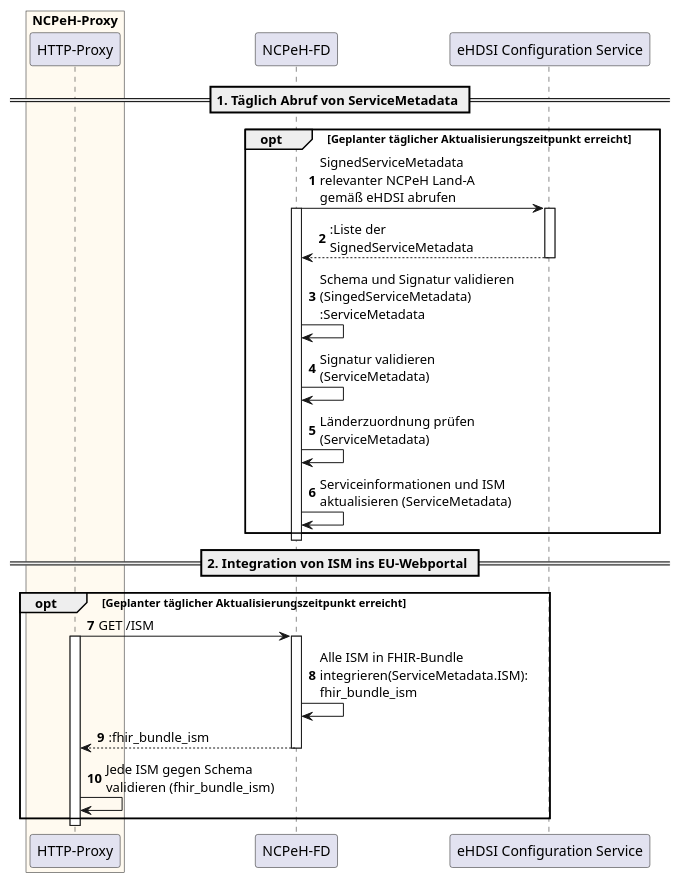
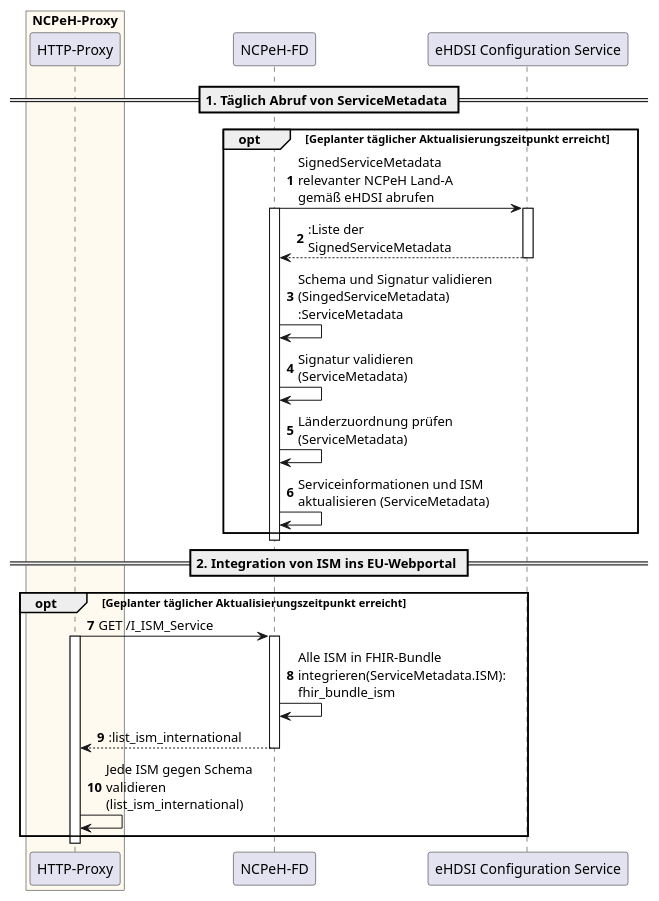
The diagram in src/images/eped-b/functional/ISM_bereitstellen.puml (gematik/api-ncpeh), drawn with PlantUML before and after one commit. The commit also changed 3 other files, not shown here.

```diff
--- a/src/images/eped-b/functional/ISM_bereitstellen.puml
+++ b/src/images/eped-b/functional/ISM_bereitstellen.puml
@@ -1,42 +1,42 @@
 @startuml ISM bereiststellen
 
 skinparam maxMessageSize 200
 autonumber
 
 box "NCPeH-Proxy" #FloralWhite
     participant "HTTP-Proxy" as Proxy
 end box
 participant "NCPeH-FD" as NCPeH
 participant "eHDSI Configuration Service" as ConfServ
 
 == 1. Täglich Abruf von ServiceMetadata ==
 opt Geplanter täglicher Aktualisierungszeitpunkt erreicht
     NCPeH -> ConfServ: SignedServiceMetadata relevanter NCPeH Land-A gemäß eHDSI abrufen
     activate NCPeH 
     activate ConfServ
 
     ConfServ --> NCPeH: :Liste der SignedServiceMetadata
     deactivate ConfServ
 
     NCPeH -> NCPeH: Schema und Signatur validieren (SingedServiceMetadata) :ServiceMetadata
     NCPeH -> NCPeH: Signatur validieren (ServiceMetadata)
     NCPeH -> NCPeH: Länderzuordnung prüfen (ServiceMetadata)
     NCPeH -> NCPeH: Serviceinformationen und ISM aktualisieren (ServiceMetadata)
 end
 deactivate NCPeH
 
 == 2. Integration von ISM ins EU-Webportal ==
 opt Geplanter täglicher Aktualisierungszeitpunkt erreicht
     
     
-    Proxy -> NCPeH: GET /ISM
+    Proxy -> NCPeH: GET /I_ISM_Service
     activate Proxy
     activate NCPeH
     NCPeH -> NCPeH: Alle ISM in FHIR-Bundle integrieren(ServiceMetadata.ISM): fhir_bundle_ism
-    NCPeH --> Proxy: :fhir_bundle_ism
+    NCPeH --> Proxy: :list_ism_international
     deactivate NCPeH
-    Proxy -> Proxy: Jede ISM gegen Schema validieren (fhir_bundle_ism)
+    Proxy -> Proxy: Jede ISM gegen Schema validieren (list_ism_international)
 end
 deactivate Proxy
 
 @enduml
```
